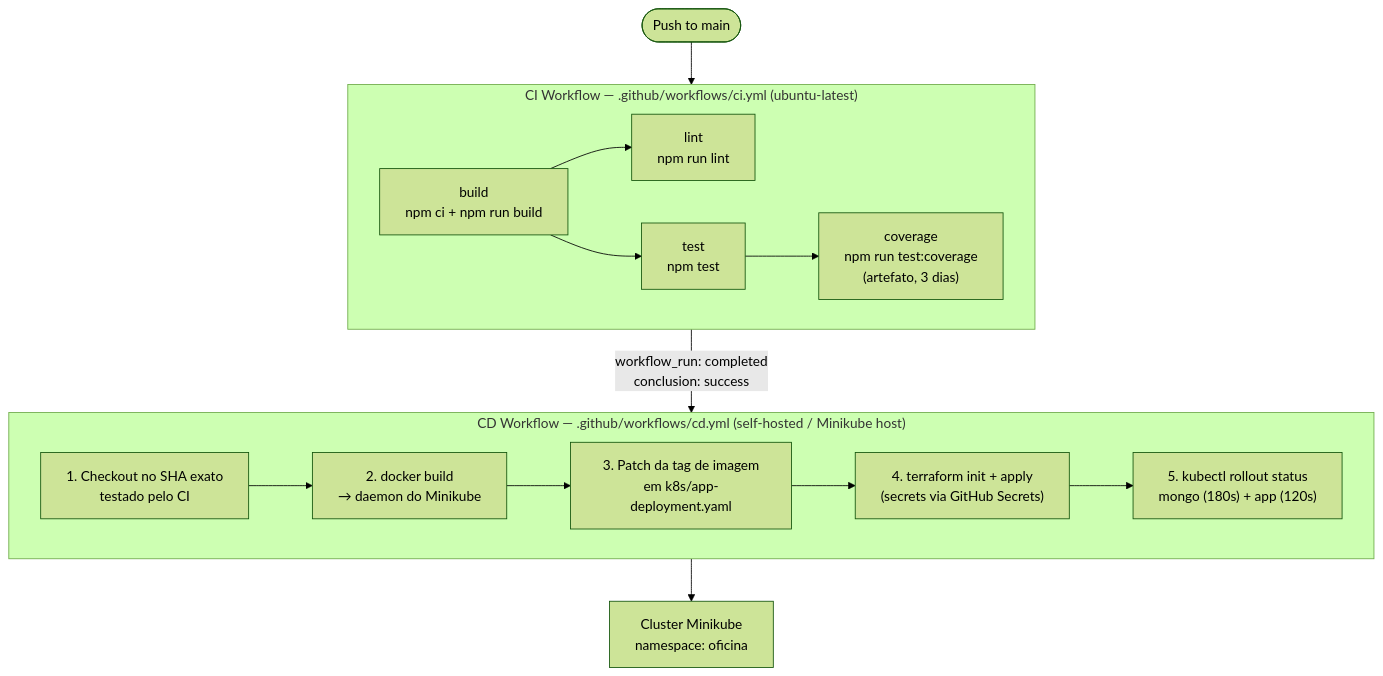
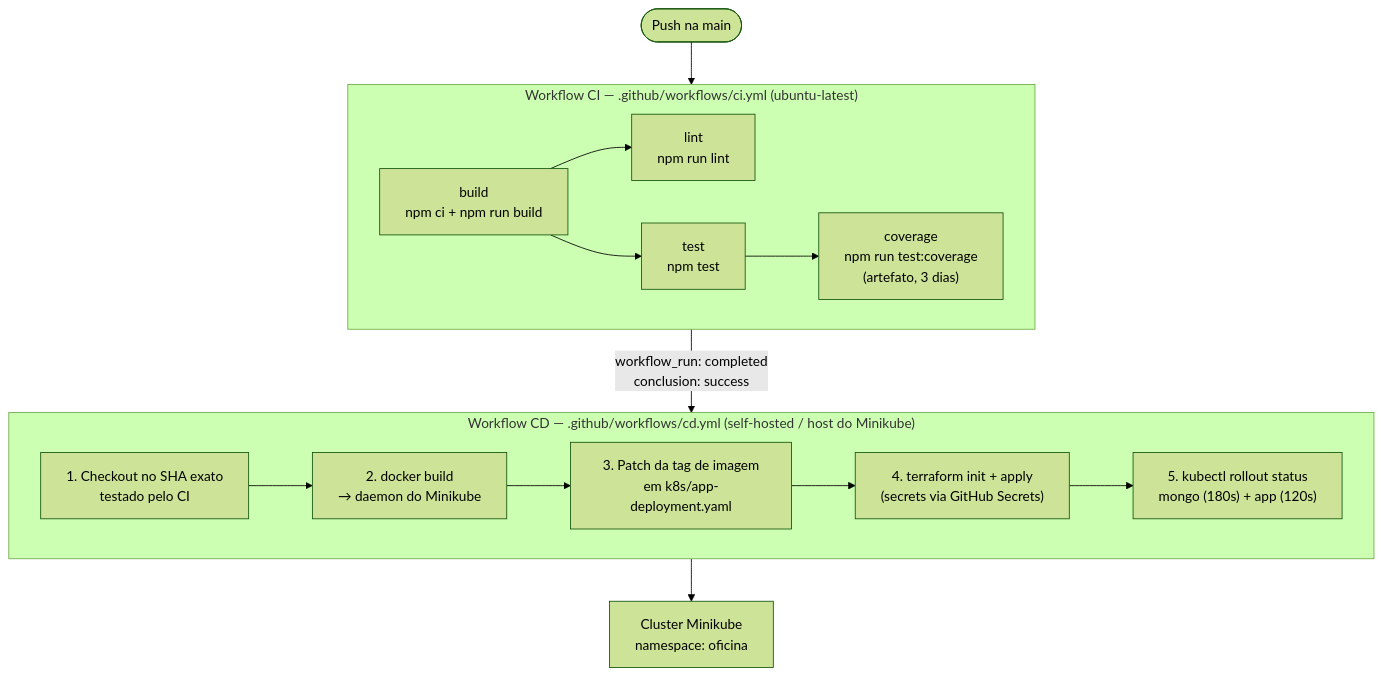
One commit to diandria/fiap-tech-challenge changed the diagram in docs/infrastructure/deploy-flow.md. Above: the diagram before and after it, drawn with Mermaid (forest theme). The commit also changed other lines of this file and 2 other files, not shown here.

Commit message:
docs: translate deploy-flow, components and postman docs to portuguese

````diff
--- a/docs/infrastructure/deploy-flow.md
+++ b/docs/infrastructure/deploy-flow.md
@@ -7,27 +7,27 @@
 ```mermaid
 flowchart TB
-    push(["Push to main"]) --> ci
+    push(["Push na main"]) --> ci
 
-    subgraph ci["CI Workflow — .github/workflows/ci.yml (ubuntu-latest)"]
+    subgraph ci["Workflow CI — .github/workflows/ci.yml (ubuntu-latest)"]
         build["build\nnpm ci + npm run build"]
         lint["lint\nnpm run lint"]
         test["test\nnpm test"]
         coverage["coverage\nnpm run test:coverage\n(artefato, 3 dias)"]
         build --> lint
         build --> test
         test --> coverage
     end
 
     ci -->|"workflow_run: completed\nconclusion: success"| cd
 
-    subgraph cd["CD Workflow — .github/workflows/cd.yml (self-hosted / Minikube host)"]
+    subgraph cd["Workflow CD — .github/workflows/cd.yml (self-hosted / host do Minikube)"]
         checkout["1. Checkout no SHA exato\ntestado pelo CI"]
         docker["2. docker build\n→ daemon do Minikube"]
         patch["3. Patch da tag de imagem\nem k8s/app-deployment.yaml"]
         tf["4. terraform init + apply\n(secrets via GitHub Secrets)"]
         rollout["5. kubectl rollout status\nmongo (180s) + app (120s)"]
         checkout --> docker --> patch --> tf --> rollout
     end
 
     cd --> cluster["Cluster Minikube\nnamespace: oficina"]
 ```
````
